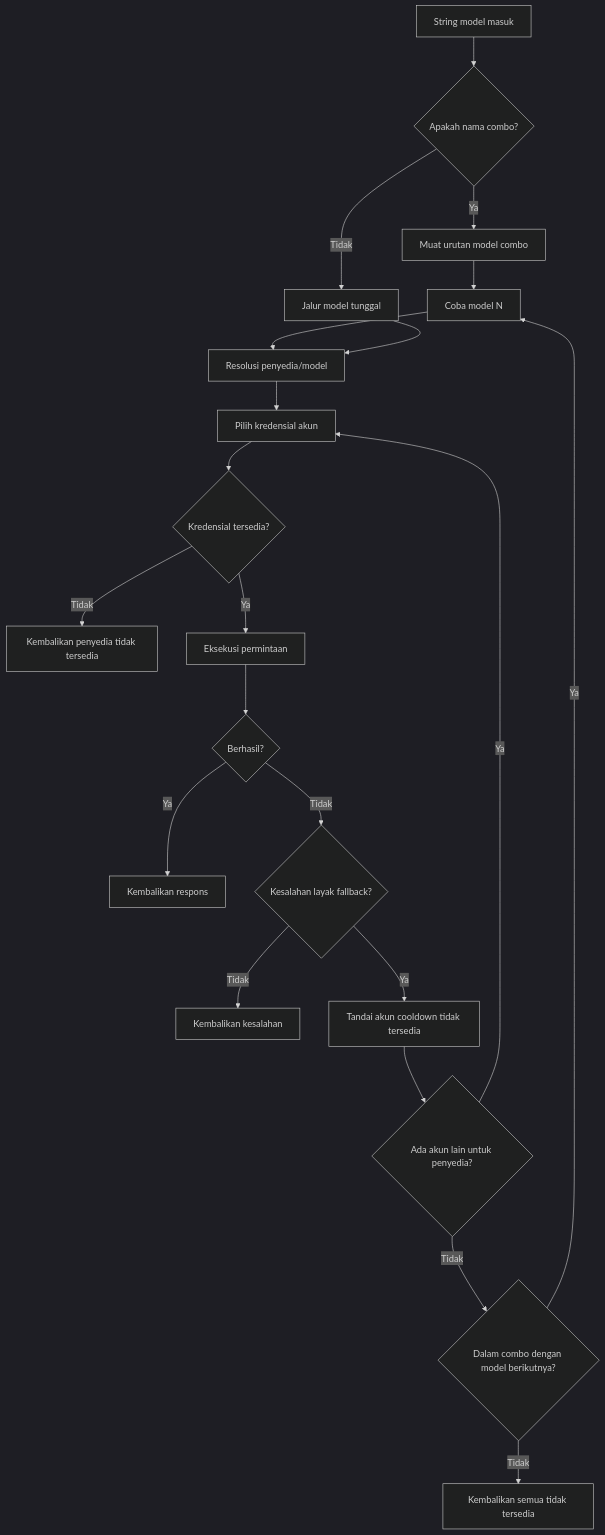
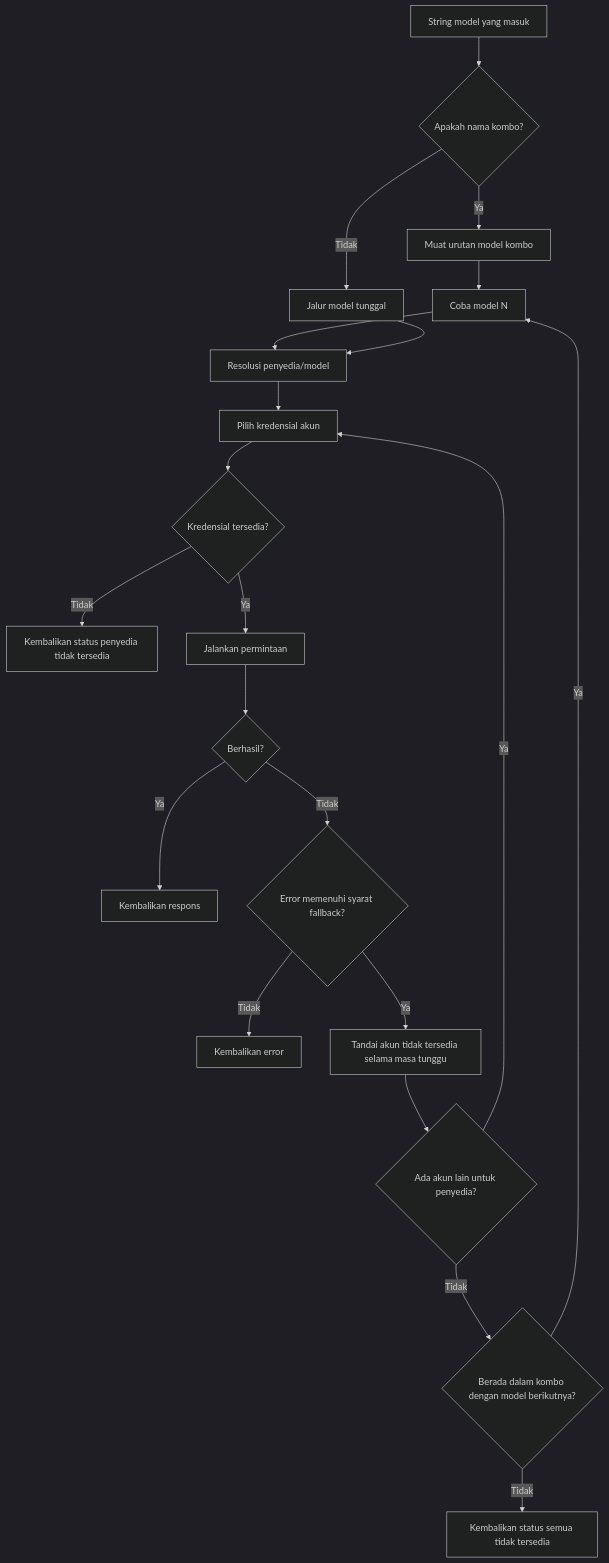
Before and after one commit to Abhijeet1520/OmniRoute: the third of 7 diagrams in docs/i18n/id/docs/architecture/ARCHITECTURE.md, drawn with Mermaid (dark theme). The commit also changed other lines of this file and 1154 other files, not shown here.

````diff
--- a/docs/i18n/id/docs/architecture/ARCHITECTURE.md
+++ b/docs/i18n/id/docs/architecture/ARCHITECTURE.md
@@ -377,27 +603,27 @@
 ```mermaid
 flowchart TD
-    A[String model masuk] --> B{Apakah nama combo?}
-    B -- Ya --> C[Muat urutan model combo]
+    A[String model yang masuk] --> B{Apakah nama kombo?}
+    B -- Ya --> C[Muat urutan model kombo]
     B -- Tidak --> D[Jalur model tunggal]
 
     C --> E[Coba model N]
     E --> F[Resolusi penyedia/model]
     D --> F
 
     F --> G[Pilih kredensial akun]
     G --> H{Kredensial tersedia?}
-    H -- Tidak --> I[Kembalikan penyedia tidak tersedia]
-    H -- Ya --> J[Eksekusi permintaan]
+    H -- Tidak --> I[Kembalikan status penyedia tidak tersedia]
+    H -- Ya --> J[Jalankan permintaan]
 
     J --> K{Berhasil?}
     K -- Ya --> L[Kembalikan respons]
-    K -- Tidak --> M{Kesalahan layak fallback?}
+    K -- Tidak --> M{Error memenuhi syarat fallback?}
 
-    M -- Tidak --> N[Kembalikan kesalahan]
-    M -- Ya --> O[Tandai akun cooldown tidak tersedia]
+    M -- Tidak --> N[Kembalikan error]
+    M -- Ya --> O[Tandai akun tidak tersedia selama masa tunggu]
     O --> P{Ada akun lain untuk penyedia?}
     P -- Ya --> G
-    P -- Tidak --> Q{Dalam combo dengan model berikutnya?}
+    P -- Tidak --> Q{Berada dalam kombo dengan model berikutnya?}
     Q -- Ya --> E
-    Q -- Tidak --> R[Kembalikan semua tidak tersedia]
+    Q -- Tidak --> R[Kembalikan status semua tidak tersedia]
 ```
````
